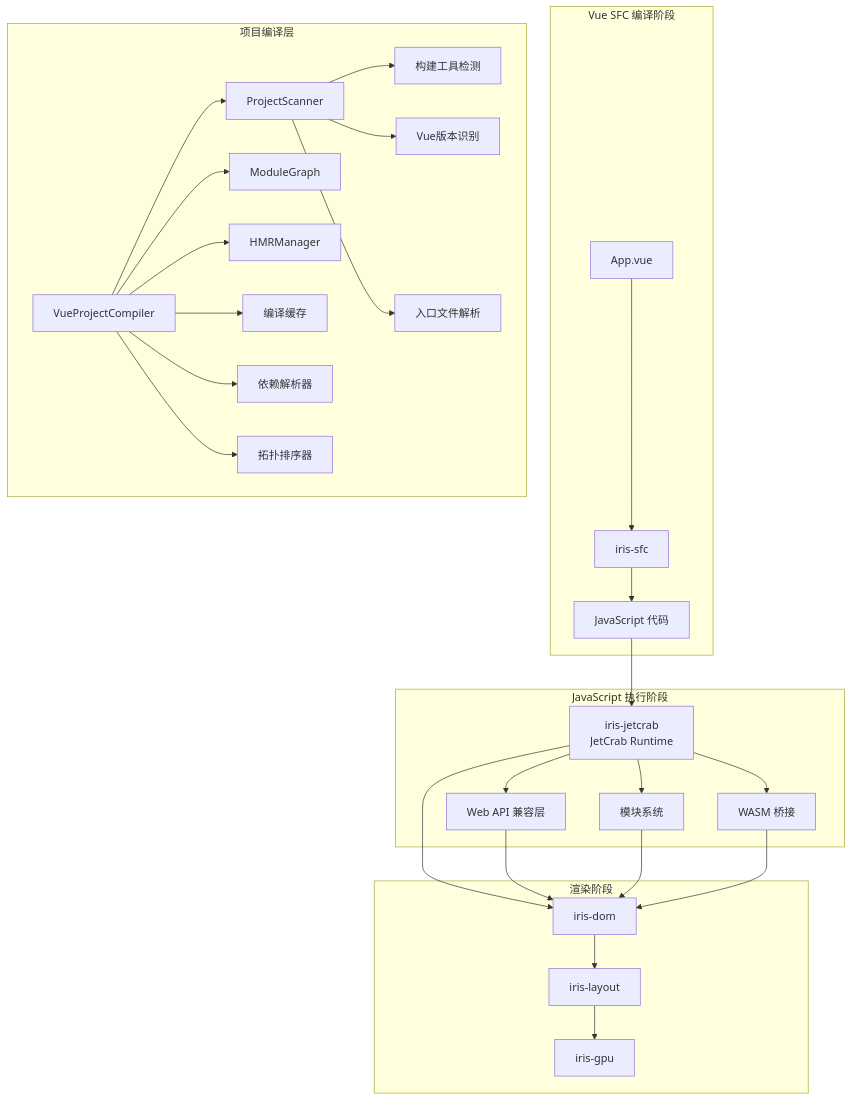
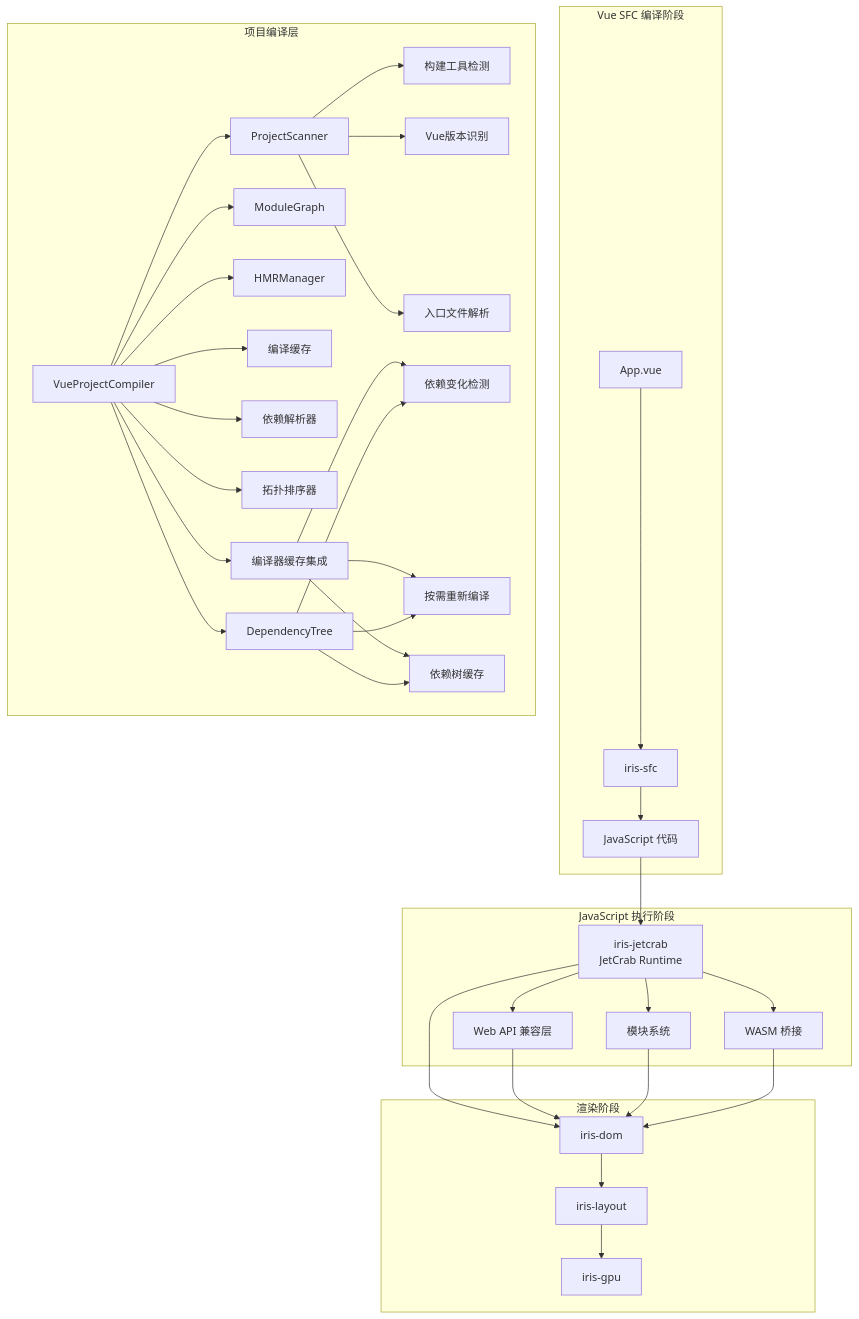
Before and after one commit to itszzl-sudo/iris: the second of 21 diagrams in .qoder/repowiki/zh/content/技术架构详解/JS沙箱运行时/Iris-JetCrab引擎/Iris-JetCrab引擎.md, drawn with Mermaid. The commit also changed other lines of this file and 887 other files, not shown here.

````diff
--- a/.qoder/repowiki/zh/content/技术架构详解/JS沙箱运行时/Iris-JetCrab引擎/Iris-JetCrab引擎.md
+++ b/.qoder/repowiki/zh/content/技术架构详解/JS沙箱运行时/Iris-JetCrab引擎/Iris-JetCrab引擎.md
@@ -174,42 +185,55 @@
 ```mermaid
 graph TB
 subgraph "Vue SFC 编译阶段"
 A[App.vue] --> B[iris-sfc]
 B --> C[JavaScript 代码]
 end
 subgraph "JavaScript 执行阶段"
 C --> D[iris-jetcrab<br/>JetCrab Runtime]
 D --> E[Web API 兼容层]
 D --> F[模块系统]
 D --> G[WASM 桥接]
 end
 subgraph "渲染阶段"
 H[iris-dom] --> I[iris-layout]
 I --> J[iris-gpu]
 end
 D --> H
 E --> H
 F --> H
 G --> H
 subgraph "项目编译层"
 K[VueProjectCompiler]
 L[ProjectScanner]
 M[ModuleGraph]
 N[HMRManager]
 O[编译缓存]
 P[依赖解析器]
 Q[拓扑排序器]
 R[构建工具检测]
 S[Vue版本识别]
 T[入口文件解析]
+U[DependencyTree]
+V[编译器缓存集成]
+W[依赖变化检测]
+X[按需重新编译]
+Y[依赖树缓存]
 end
 K --> L
 K --> M
 K --> N
 K --> O
 K --> P
 K --> Q
+K --> U
+K --> V
 L --> R
 L --> S
 L --> T
+V --> W
+V --> X
+V --> Y
+U --> W
+U --> X
+U --> Y
 ```
````
